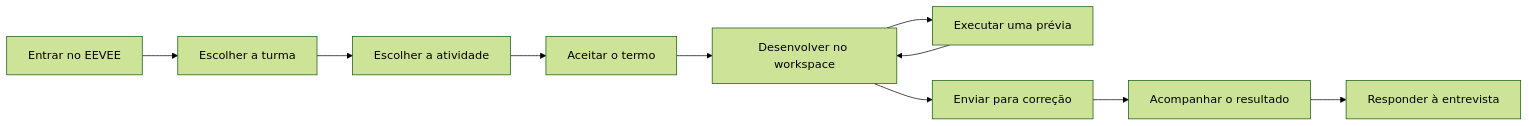
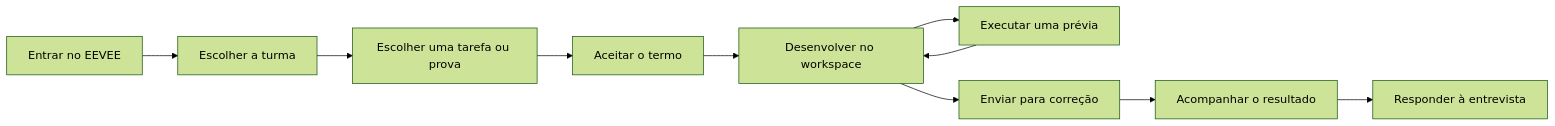
The diagram in docs/student-guide/overview.md (COCSI-MG/eevee), drawn with Mermaid (forest theme) before and after one commit. The commit also changed other lines of this file and 24 other files, not shown here.

````diff
--- a/docs/student-guide/overview.md
+++ b/docs/student-guide/overview.md
@@ -7,12 +7,12 @@
 ```mermaid
 flowchart LR
     L[Entrar no EEVEE] --> C[Escolher a turma]
-    C --> A[Escolher a atividade]
+    C --> A[Escolher uma tarefa ou prova]
     A --> T[Aceitar o termo]
     T --> W[Desenvolver no workspace]
     W --> P[Executar uma prévia]
     P --> W
     W --> S[Enviar para correção]
     S --> R[Acompanhar o resultado]
     R --> I[Responder à entrevista]
 ```
````
